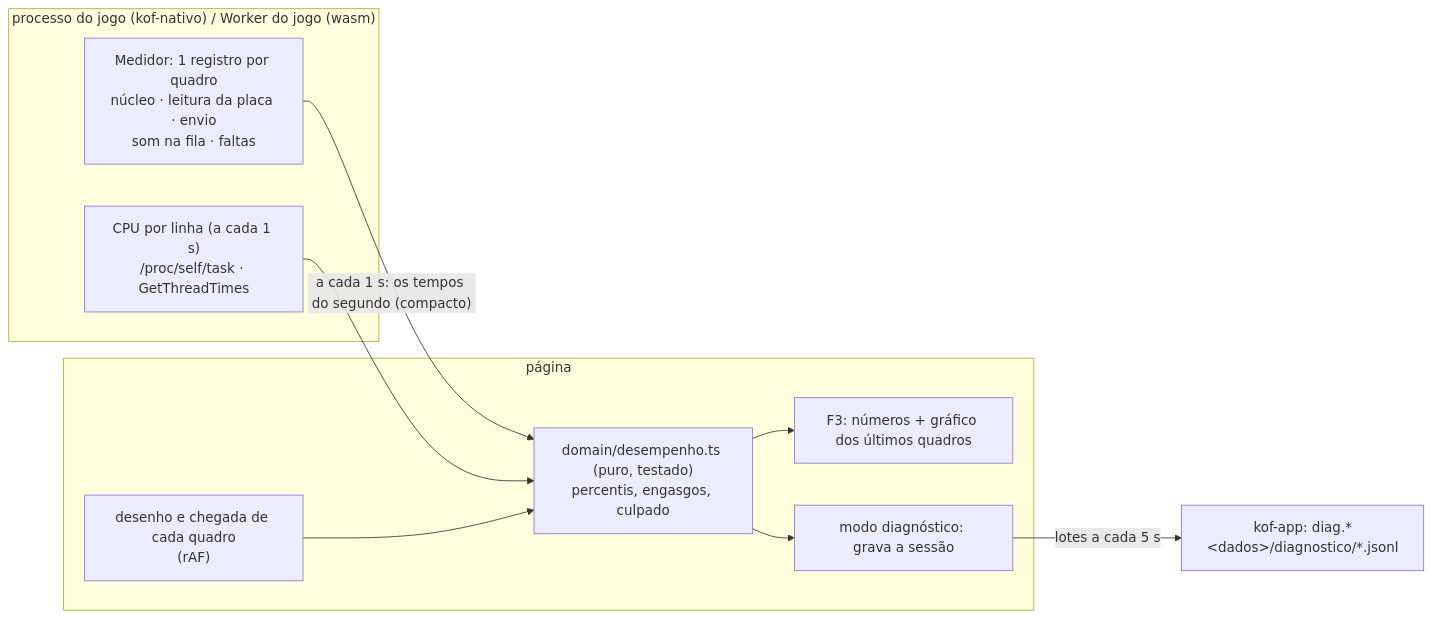
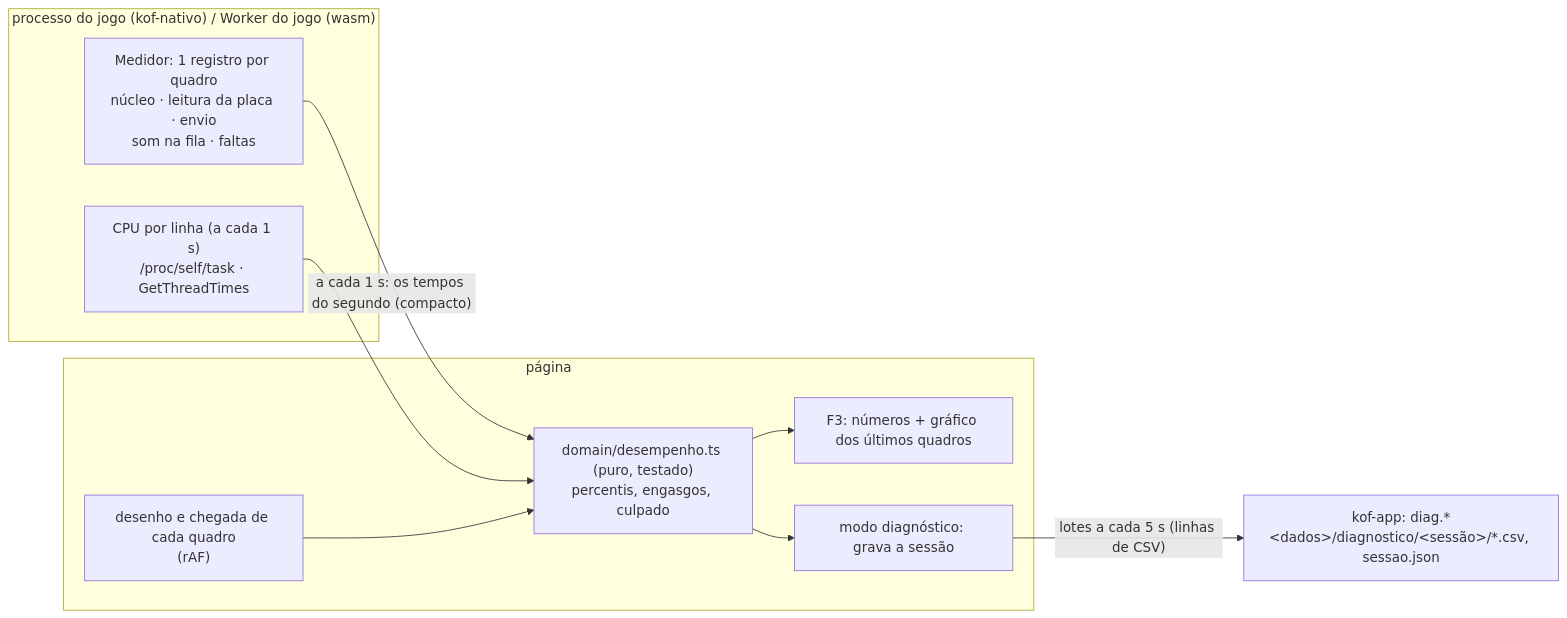
One commit to Marcelao98/KOFstation changed the diagram in docs/DIAGNOSTICO.md. Above: the diagram before and after it, drawn with Mermaid. The commit also changed other lines of this file and 1 other file, not shown here.

First line of the commit message:
DIAGNOSTICO: formato do relatório (CSV por quadro, por segundo e de engasgos + sessao.json + resumo.txt, num .zip)

````diff
--- a/docs/DIAGNOSTICO.md
+++ b/docs/DIAGNOSTICO.md
@@ -24,20 +24,20 @@
 ```mermaid
 flowchart LR
   subgraph PROC["processo do jogo (kof-nativo) / Worker do jogo (wasm)"]
     MQ["Medidor: 1 registro por quadro<br/>núcleo · leitura da placa · envio<br/>som na fila · faltas"]
     CPU["CPU por linha (a cada 1 s)<br/>/proc/self/task · GetThreadTimes"]
   end
   subgraph PAG["página"]
     PG["desenho e chegada de cada quadro<br/>(rAF)"]
     EST["domain/desempenho.ts (puro, testado)<br/>percentis, engasgos, culpado"]
     F3["F3: números + gráfico dos últimos quadros"]
     DG["modo diagnóstico: grava a sessão"]
   end
-  RS["kof-app: diag.*<br/>&lt;dados&gt;/diagnostico/*.jsonl"]
+  RS["kof-app: diag.*<br/>&lt;dados&gt;/diagnostico/&lt;sessão&gt;/*.csv, sessao.json"]
   MQ -->|"a cada 1 s: os tempos do segundo (compacto)"| EST
   CPU --> EST
   PG --> EST
   EST --> F3
   EST --> DG
-  DG -->|"lotes a cada 5 s"| RS
+  DG -->|"lotes a cada 5 s (linhas de CSV)"| RS
 ```
````
